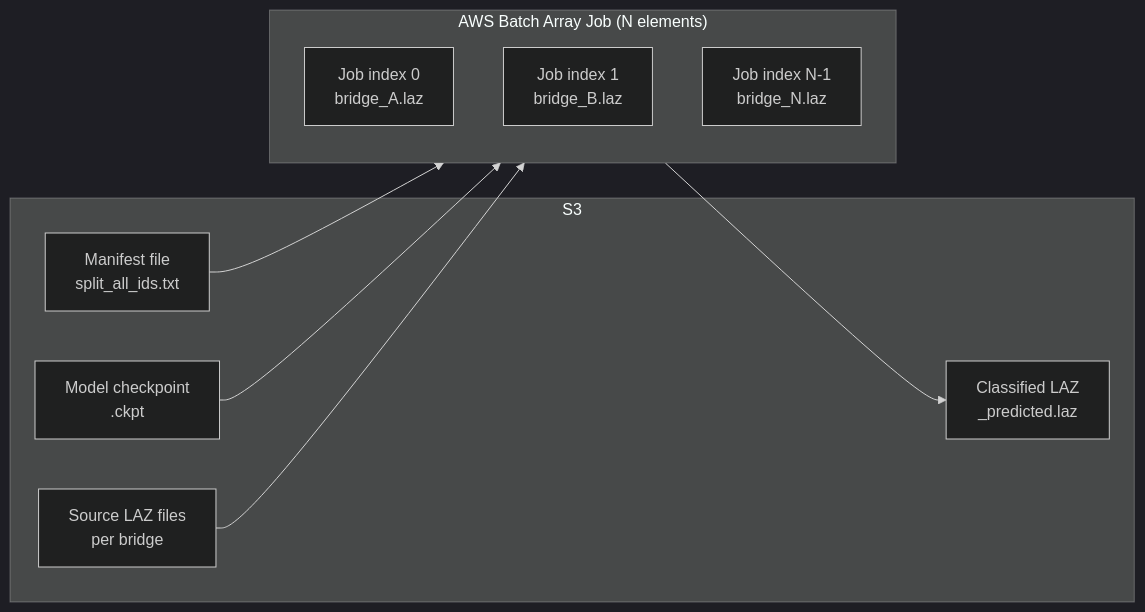
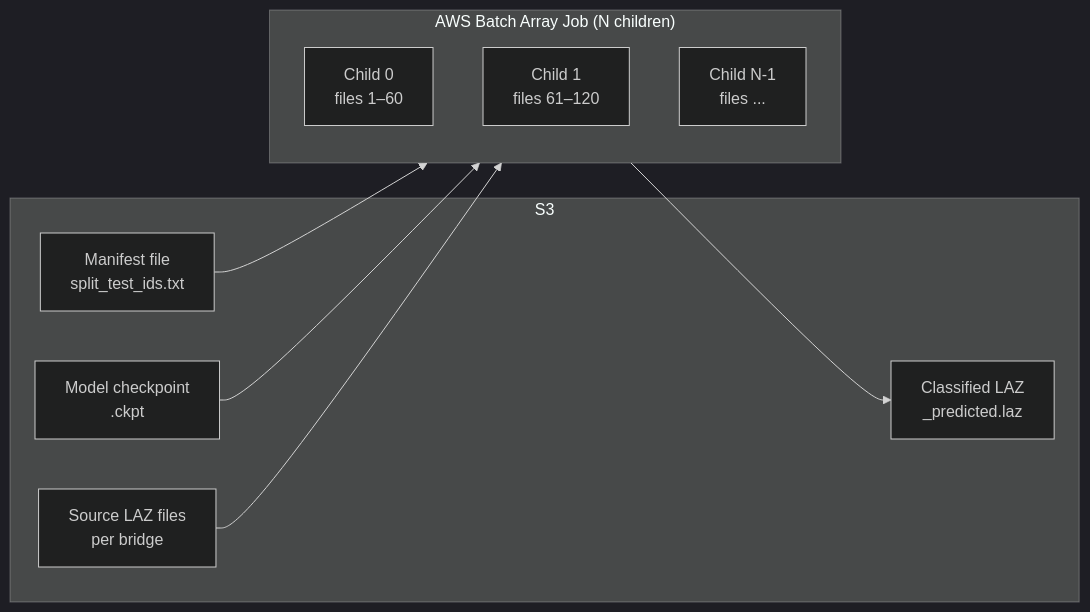
Before and after one commit to NGWPC/bridge-classification: the diagram in docs/aws-batch-inference.md, drawn with Mermaid (dark theme). The commit also changed other lines of this file and 12 other files, not shown here.

First line of the commit message:
add terraform for aws batch iac (#30)

````diff
--- a/docs/aws-batch-inference.md
+++ b/docs/aws-batch-inference.md
@@ -11,20 +22,20 @@
 ```mermaid
 flowchart LR
   subgraph S3
-    M[Manifest file<br/>split_all_ids.txt]
+    M[Manifest file<br/>split_test_ids.txt]
     CK[Model checkpoint<br/>.ckpt]
     IN[Source LAZ files<br/>per bridge]
     OUT[Classified LAZ<br/>_predicted.laz]
   end
 
-  subgraph Batch["AWS Batch Array Job (N elements)"]
-    B0[Job index 0<br/>bridge_A.laz]
-    B1[Job index 1<br/>bridge_B.laz]
-    BN[Job index N-1<br/>bridge_N.laz]
+  subgraph Batch["AWS Batch Array Job (N children)"]
+    B0[Child 0<br/>files 1–60]
+    B1[Child 1<br/>files 61–120]
+    BN[Child N-1<br/>files ...]
   end
 
   M --> Batch
   CK --> Batch
   IN --> Batch
   Batch --> OUT
 ```
````
